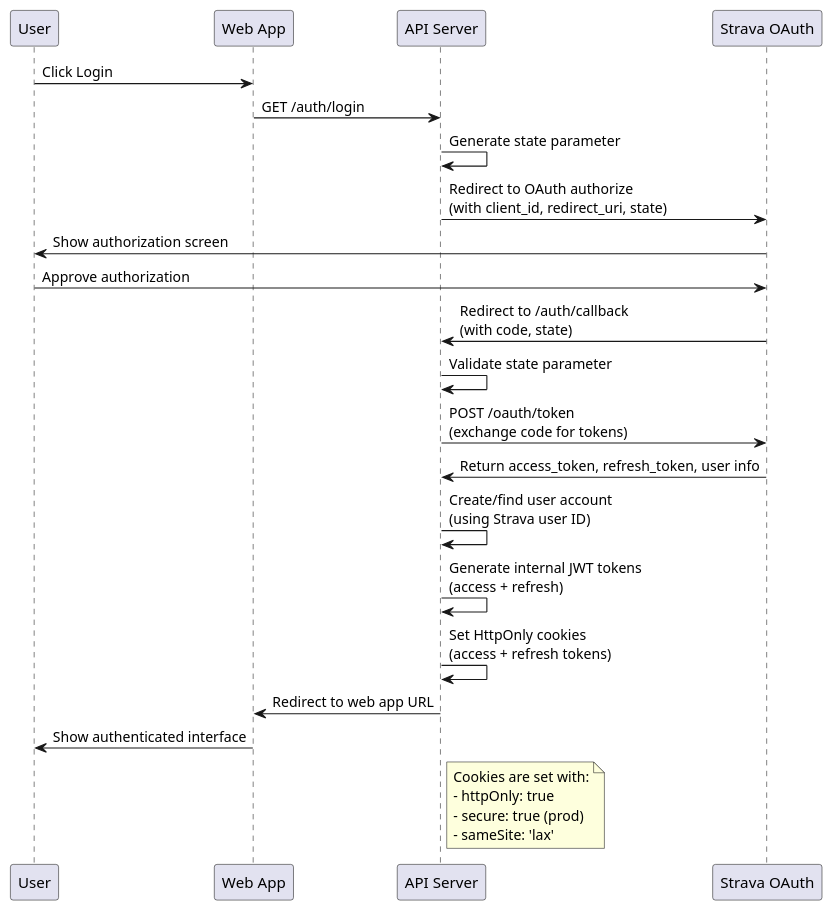
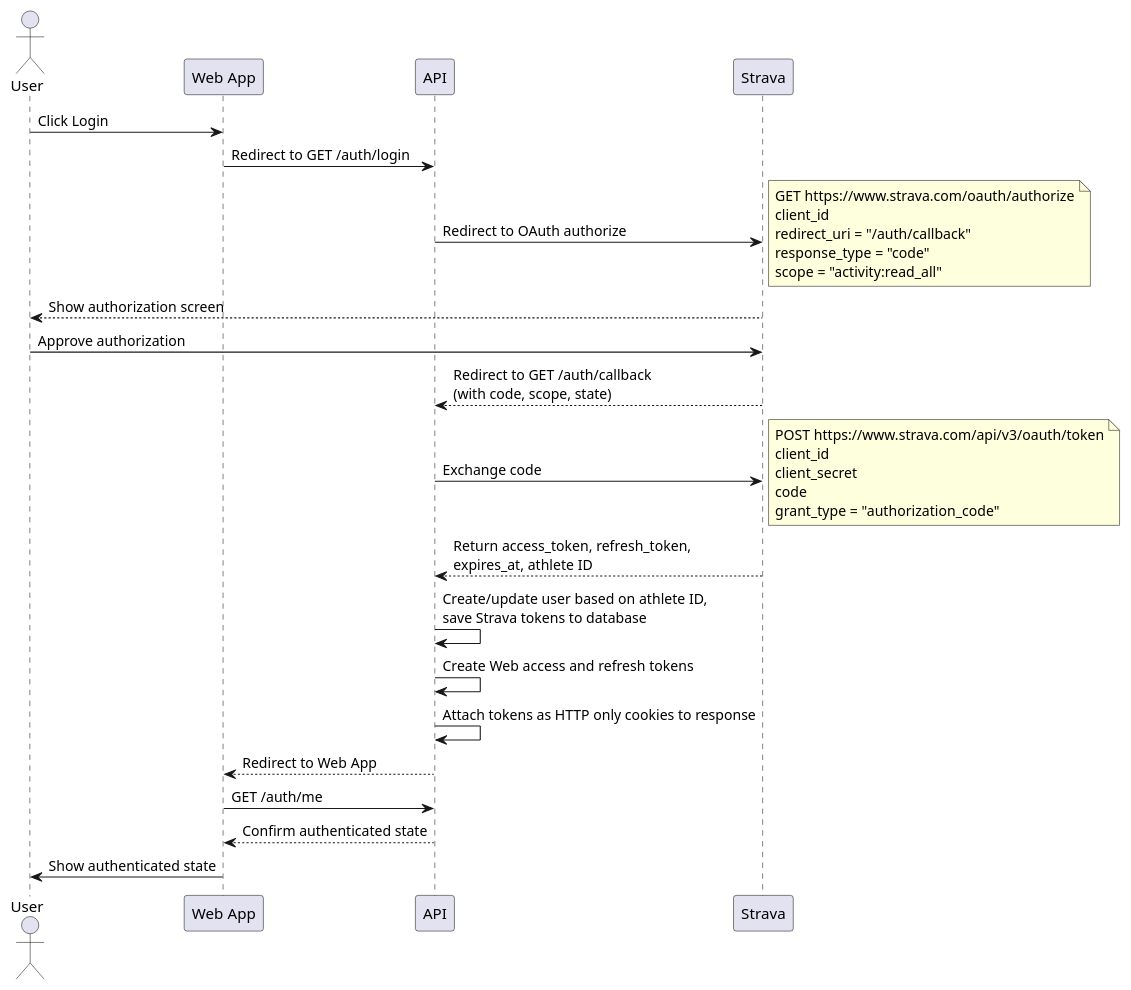
The diagram in docs/Web-App-Authentication-Flow.puml (loginov-rocks/Strava-Export), drawn with PlantUML before and after one commit. The commit also changed 2 other files, not shown here.

Commit message:
API: Detail OAuthController

```diff
--- a/docs/Web-App-Authentication-Flow.puml
+++ b/docs/Web-App-Authentication-Flow.puml
@@ -1,31 +1,43 @@
 @startuml Web App Authentication Flow
 
-participant User
+actor User
 participant "Web App" as WebApp
-participant "API Server" as API
-participant "Strava OAuth" as Strava
+participant API
+participant Strava
 
 User -> WebApp: Click Login
-WebApp -> API: GET /auth/login
-API -> API: Generate state parameter
-API -> Strava: Redirect to OAuth authorize\n(with client_id, redirect_uri, state)
-Strava -> User: Show authorization screen
+WebApp -> API: Redirect to GET /auth/login
+API -> Strava: Redirect to OAuth authorize
+note right
+  GET https://www.strava.com/oauth/authorize
+  client_id
+  redirect_uri = "/auth/callback"
+  response_type = "code"
+  scope = "activity:read_all"
+end note
+Strava --> User: Show authorization screen
+
 User -> Strava: Approve authorization
-Strava -> API: Redirect to /auth/callback\n(with code, state)
-API -> API: Validate state parameter
-API -> Strava: POST /oauth/token\n(exchange code for tokens)
-Strava -> API: Return access_token, refresh_token, user info
-API -> API: Create/find user account\n(using Strava user ID)
-API -> API: Generate internal JWT tokens\n(access + refresh)
-API -> API: Set HttpOnly cookies\n(access + refresh tokens)
-API -> WebApp: Redirect to web app URL
-WebApp -> User: Show authenticated interface
+Strava --> API: Redirect to GET /auth/callback\n(with code, scope, state)
 
-note right of API
-  Cookies are set with:
-  - httpOnly: true
-  - secure: true (prod)
-  - sameSite: 'lax'
+API -> Strava: Exchange code
+note right
+  POST https://www.strava.com/api/v3/oauth/token
+  client_id
+  client_secret
+  code
+  grant_type = "authorization_code"
 end note
+Strava --> API: Return access_token, refresh_token,\nexpires_at, athlete ID
+
+API -> API: Create/update user based on athlete ID,\nsave Strava tokens to database
+API -> API: Create Web access and refresh tokens
+API -> API: Attach tokens as HTTP only cookies to response
+API --> WebApp: Redirect to Web App
+
+WebApp -> API: GET /auth/me
+API --> WebApp: Confirm authenticated state
+
+WebApp -> User: Show authenticated state
 
 @enduml
```
